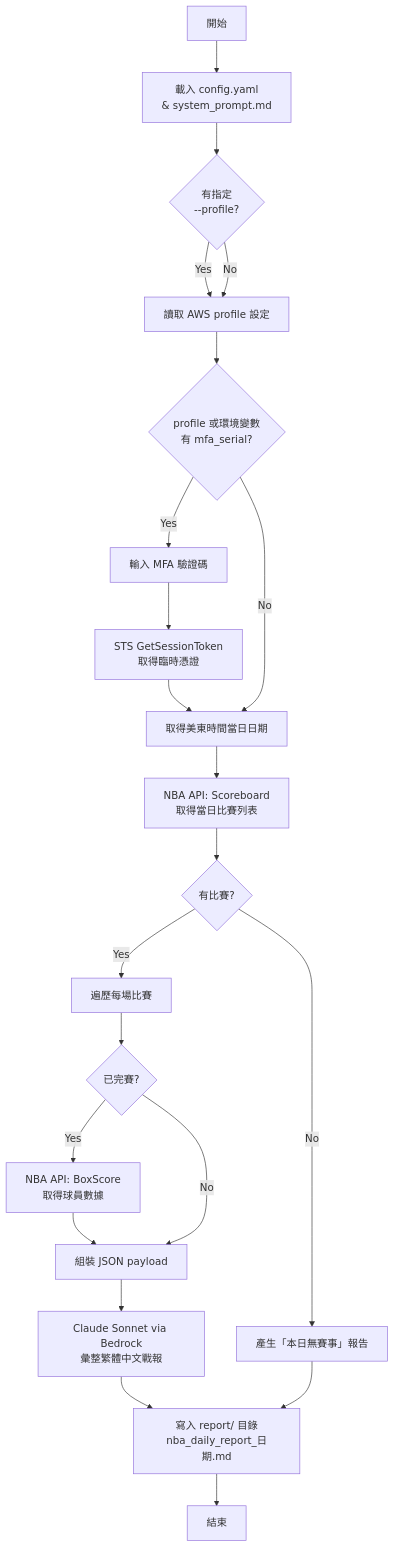
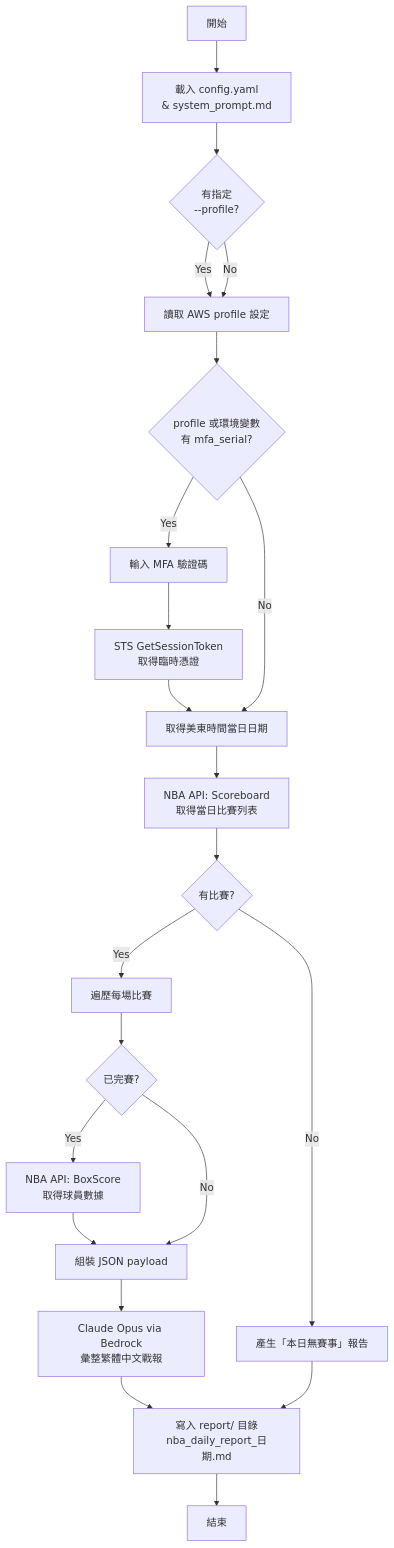
Before and after one commit to r07228019/my_ai: the diagram in test/nba_daily_report/README.md, drawn with Mermaid. The commit also changed other lines of this file and 3 other files, not shown here.

````diff
--- a/test/nba_daily_report/README.md
+++ b/test/nba_daily_report/README.md
@@ -23,24 +23,24 @@
 ```mermaid
 flowchart TD
     A[開始] --> B[載入 config.yaml\n& system_prompt.md]
     B --> C{有指定\n--profile?}
     C -->|Yes| D[讀取 AWS profile 設定]
     C -->|No| D
     D --> E{profile 或環境變數\n有 mfa_serial?}
     E -->|Yes| F[輸入 MFA 驗證碼]
     F --> G[STS GetSessionToken\n取得臨時憑證]
     G --> H
     E -->|No| H[取得美東時間當日日期]
     H --> I[NBA API: Scoreboard\n取得當日比賽列表]
     I --> J{有比賽?}
     J -->|No| K[產生「本日無賽事」報告]
     J -->|Yes| L[遍歷每場比賽]
     L --> M{已完賽?}
     M -->|Yes| N[NBA API: BoxScore\n取得球員數據]
     N --> O[組裝 JSON payload]
     M -->|No| O
-    O --> P[Claude Sonnet via Bedrock\n彙整繁體中文戰報]
+    O --> P[Claude Opus via Bedrock\n彙整繁體中文戰報]
     P --> Q[寫入 report/ 目錄\nnba_daily_report_日期.md]
     K --> Q
     Q --> R[結束]
 ```
````
